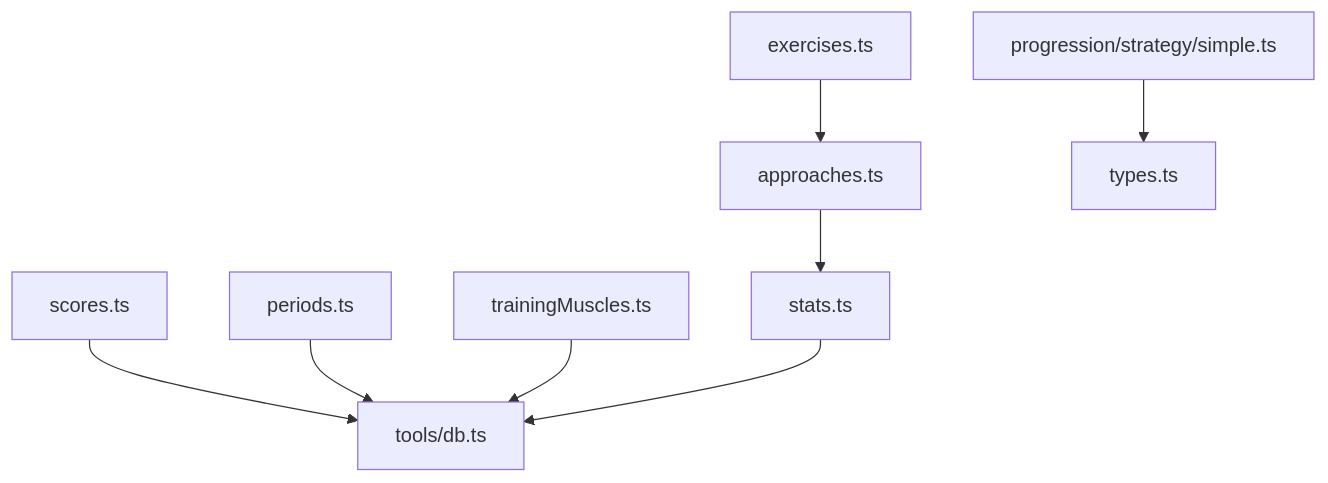
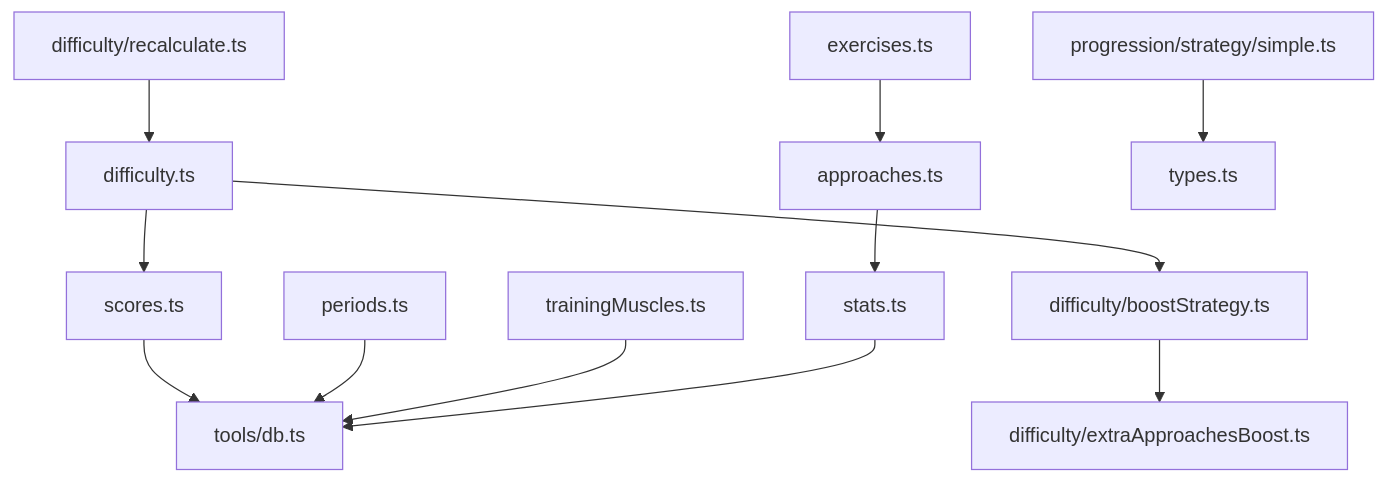
The first of 3 diagrams in .qoder/repowiki/en/Core Business Logic.md (Dezzpil/meingym), drawn with Mermaid before and after one commit. The commit also changed other lines of this file and 5 other files, not shown here.

````diff
--- a/.qoder/repowiki/en/Core Business Logic.md
+++ b/.qoder/repowiki/en/Core Business Logic.md
@@ -21,10 +25,14 @@
 ```mermaid
 graph TB
     scores[scores.ts] --> db[tools/db.ts]
+    difficulty[difficulty.ts] --> scores
+    difficulty --> boostStrategy[difficulty/boostStrategy.ts]
+    boostStrategy --> extraBoost[difficulty/extraApproachesBoost.ts]
+    recalculate[difficulty/recalculate.ts] --> difficulty
     periods[periods.ts] --> db
     approaches[approaches.ts] --> stats[stats.ts]
     exercises[exercises.ts] --> approaches
     progression[progression/strategy/simple.ts] --> types[types.ts]
     trainingMuscles[trainingMuscles.ts] --> db
     stats --> db
 ```
````
